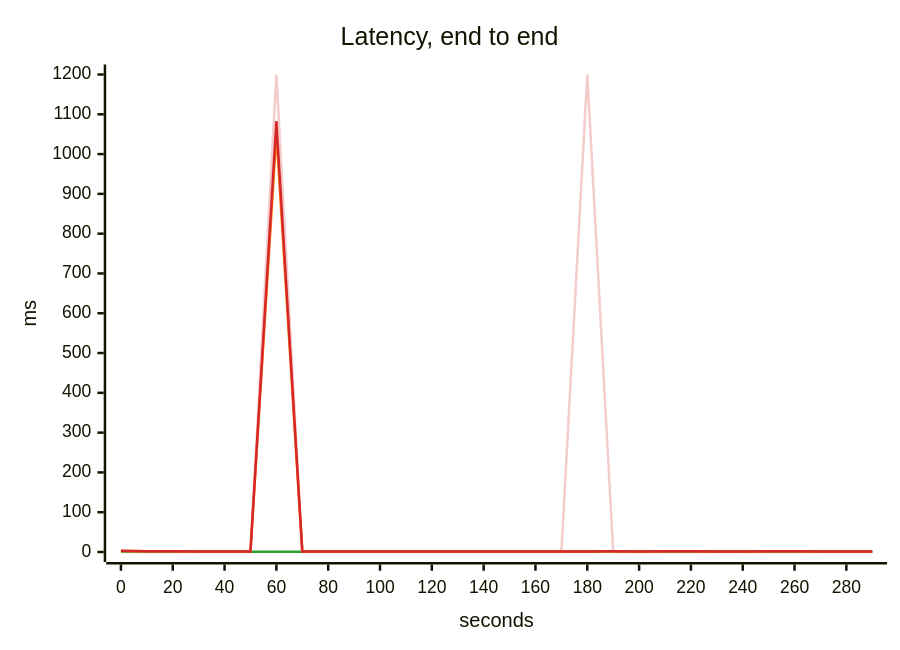
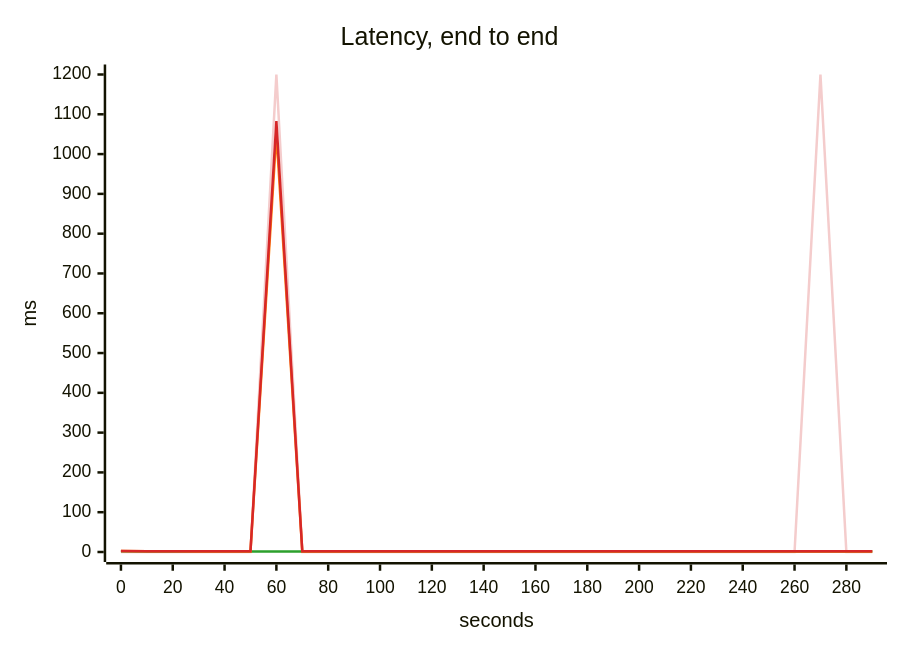
Before and after one commit to akinfemi/load-lore: the third of 5 diagrams in scenarios/healthy-but-broken/solutions/deep-health-check/report.md, drawn with Mermaid. The commit also changed other lines of this file and 71 other files, not shown here.

````diff
--- a/scenarios/healthy-but-broken/solutions/deep-health-check/report.md
+++ b/scenarios/healthy-but-broken/solutions/deep-health-check/report.md
@@ -55,17 +55,17 @@
 ```mermaid
 ---
 config:
   themeVariables:
     xyChart:
       backgroundColor: "transparent"
       plotColorPalette: "#f4cccc, #2ca02c, #ff7f0e, #d62728"
 ---
 xychart-beta
     title "Latency, end to end"
     x-axis "seconds" 0 --> 290
     y-axis "ms" 0 --> 1200
-    line [0, 0, 0, 0, 0, 0, 1200, 0, 0, 0, 0, 0, 0, 0, 0, 0, 0, 0, 1200, 0, 0, 0, 0, 0, 0, 0, 0, 0, 0, 0]
-    line [1.188, 0.95, 0.861, 0.79, 0.786, 0.773, 0.811, 0.792, 0.816, 0.793, 0.756, 0.801, 0.818, 0.783, 0.792, 0.776, 0.771, 0.77, 0.774, 0.853, 0.79, 0.781, 0.787, 0.773, 0.78, 0.818, 0.802, 0.812, 0.842, 0.782]
-    line [2.211, 1.667, 1.312, 1.065, 1.123, 1.115, 1051.829, 1.122, 1.116, 1.063, 1.079, 1.155, 1.125, 1.065, 1.153, 1.115, 1.06, 1.061, 1.066, 1.206, 1.12, 1.092, 1.181, 1.108, 1.111, 1.103, 1.151, 1.136, 1.146, 1.077]
-    line [2.894, 1.903, 1.738, 1.494, 1.481, 1.449, 1082.772, 1.475, 1.431, 1.41, 1.376, 1.563, 1.39, 1.381, 1.518, 1.506, 1.316, 1.348, 1.299, 1.597, 1.485, 1.586, 1.746, 1.506, 1.516, 1.594, 1.615, 1.506, 1.497, 1.506]
+    line [0, 0, 0, 0, 0, 0, 1200, 0, 0, 0, 0, 0, 0, 0, 0, 0, 0, 0, 0, 0, 0, 0, 0, 0, 0, 0, 0, 1200, 0, 0]
+    line [1.767, 1.523, 1.439, 1.42, 1.419, 1.406, 1.421, 1.412, 1.4, 1.415, 1.415, 1.407, 1.407, 1.413, 1.407, 1.406, 1.413, 1.407, 1.399, 1.404, 1.401, 1.41, 1.399, 1.405, 1.399, 1.395, 1.409, 1.403, 1.395, 1.403]
+    line [2.309, 1.778, 1.585, 1.504, 1.503, 1.501, 1052.252, 1.5, 1.499, 1.501, 1.501, 1.5, 1.5, 1.502, 1.5, 1.499, 1.503, 1.5, 1.499, 1.5, 1.499, 1.501, 1.499, 1.5, 1.499, 1.499, 1.503, 1.499, 1.499, 1.5]
+    line [2.769, 2.136, 1.745, 1.685, 1.756, 1.758, 1082.857, 1.588, 1.615, 1.618, 1.615, 1.629, 1.629, 1.638, 1.593, 1.588, 1.657, 1.61, 1.622, 1.62, 1.605, 1.635, 1.613, 1.639, 1.611, 1.598, 1.631, 1.589, 1.606, 1.629]
 ```
````
